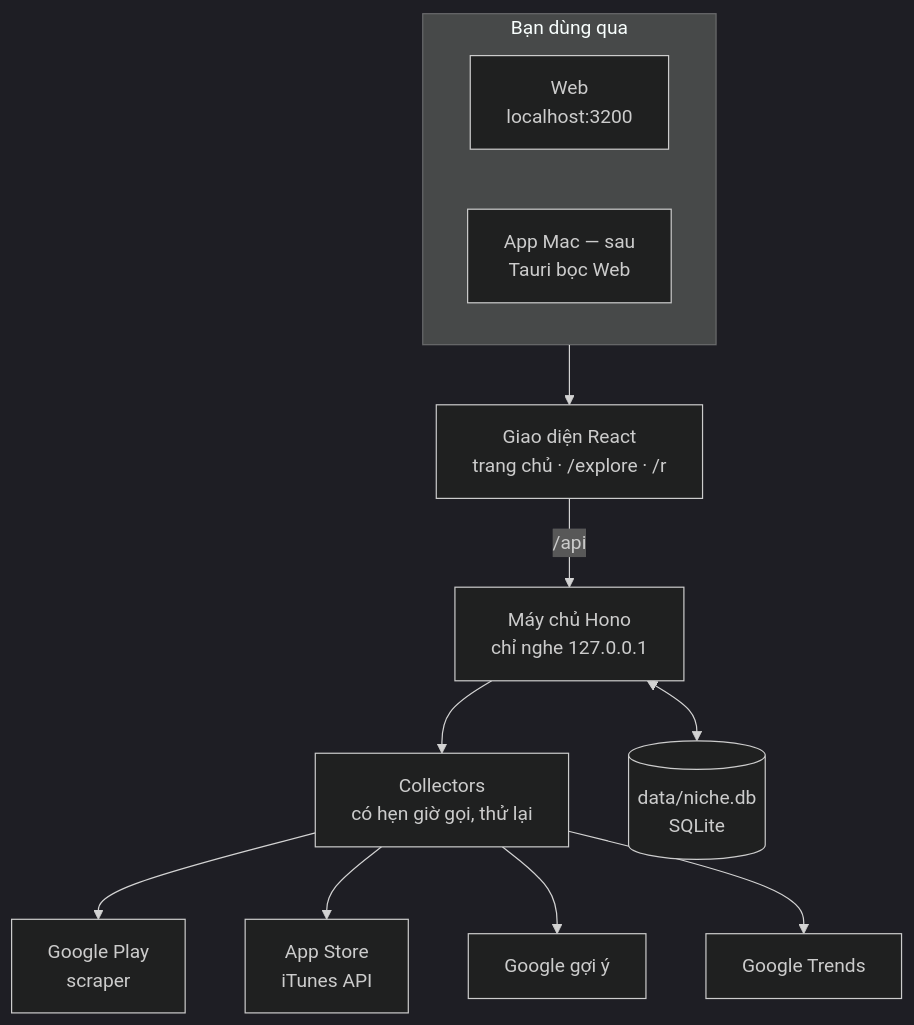
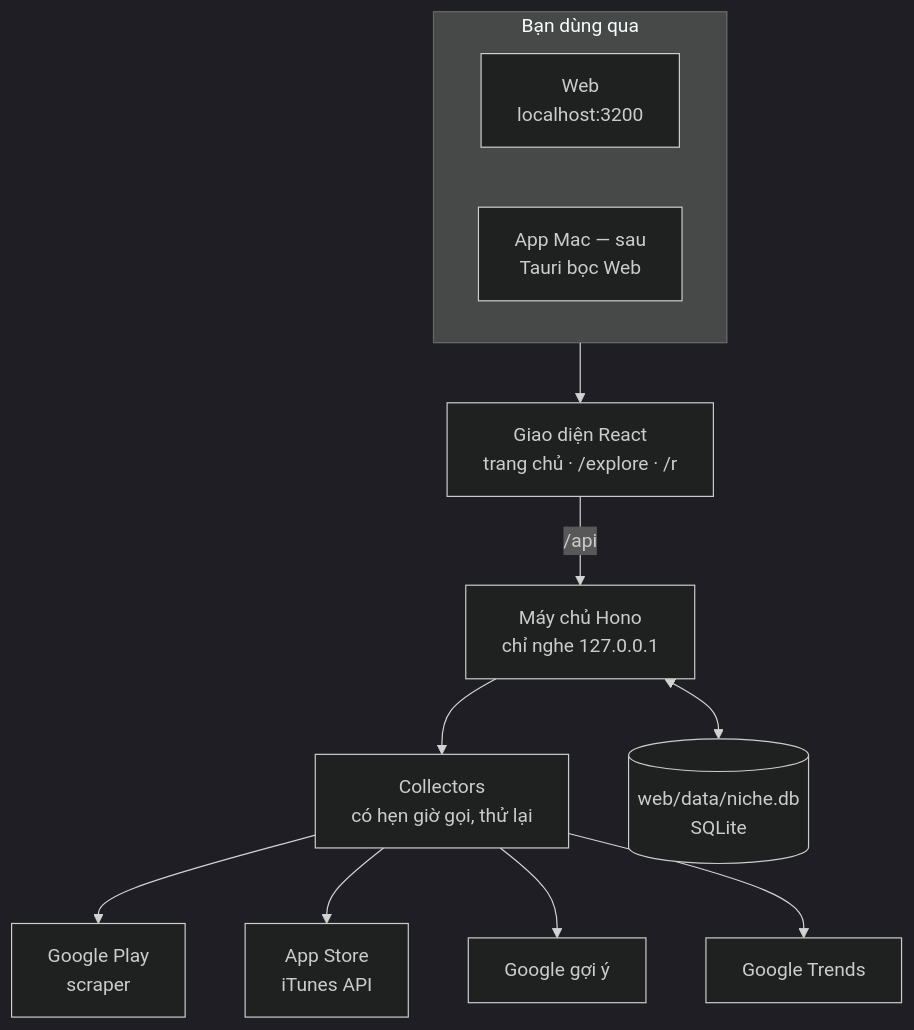
One commit to nvminhtu/niche-radar-docs changed the first of 2 diagrams in docs/he-thong.md. Above: the diagram before and after it, drawn with Mermaid (dark theme). The commit also changed other lines of this file and 114 other files, not shown here.

````diff
--- a/docs/he-thong.md
+++ b/docs/he-thong.md
@@ -7,15 +7,15 @@
 ```mermaid
 flowchart TB
   subgraph FORM[Bạn dùng qua]
     WEB[Web<br/>localhost:3200]
     APP[App Mac — sau<br/>Tauri bọc Web]
   end
   FORM --> UI[Giao diện React<br/>trang chủ · /explore · /r]
   UI -->|/api| API[Máy chủ Hono<br/>chỉ nghe 127.0.0.1]
   API --> COL[Collectors<br/>có hẹn giờ gọi, thử lại]
   COL --> P[Google Play<br/>scraper]
   COL --> S[App Store<br/>iTunes API]
   COL --> G[Google gợi ý]
   COL --> T[Google Trends]
-  API <--> DB[(data/niche.db<br/>SQLite)]
+  API <--> DB[(web/data/niche.db<br/>SQLite)]
 ```
````
